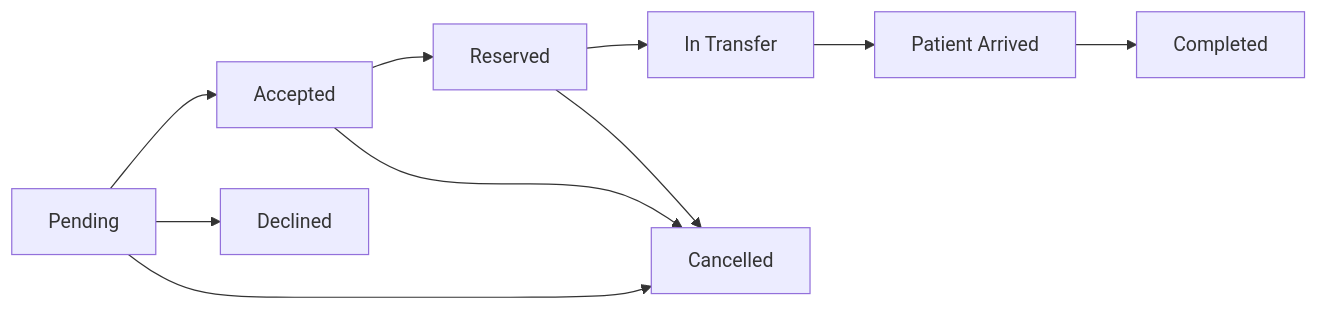
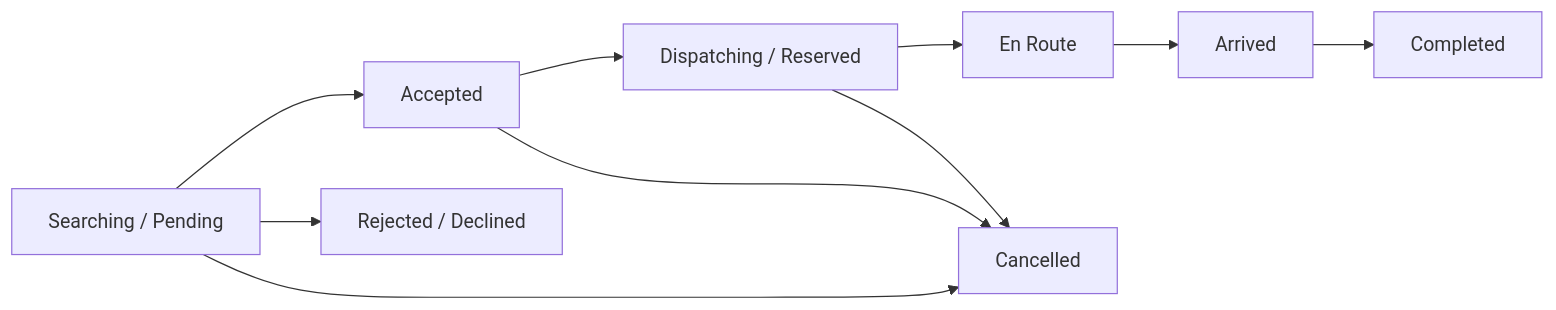
The first of 2 diagrams in docs/PROJECT_DOCUMENTATION.md (AlekzandarMiguel/carebridge), drawn with Mermaid before and after one commit. The commit also changed other lines of this file and 18 other files, not shown here.

````diff
--- a/docs/PROJECT_DOCUMENTATION.md
+++ b/docs/PROJECT_DOCUMENTATION.md
@@ -403,12 +417,12 @@
 ```mermaid
 flowchart LR
-    A["Pending"] --> B["Accepted"]
-    A --> C["Declined"]
-    B --> D["Reserved"]
-    D --> E["In Transfer"]
-    E --> F["Patient Arrived"]
+    A["Searching / Pending"] --> B["Accepted"]
+    A --> C["Rejected / Declined"]
+    B --> D["Dispatching / Reserved"]
+    D --> E["En Route"]
+    E --> F["Arrived"]
     F --> G["Completed"]
     A --> H["Cancelled"]
     B --> H
     D --> H
 ```
````
